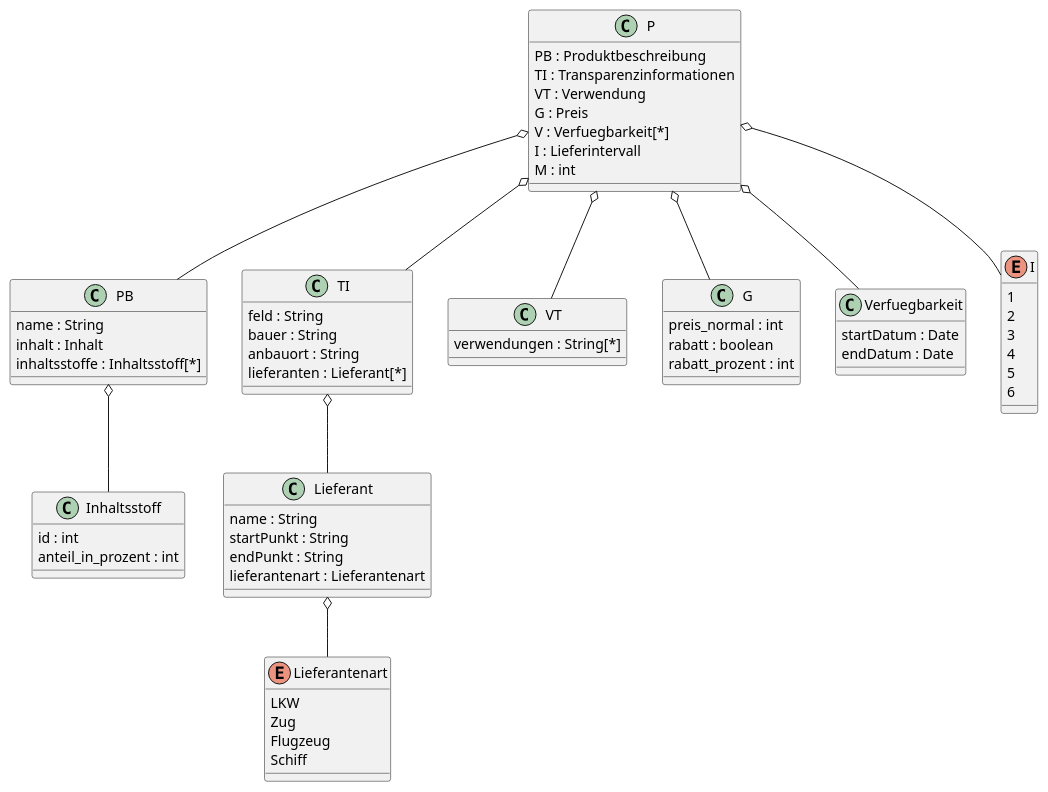
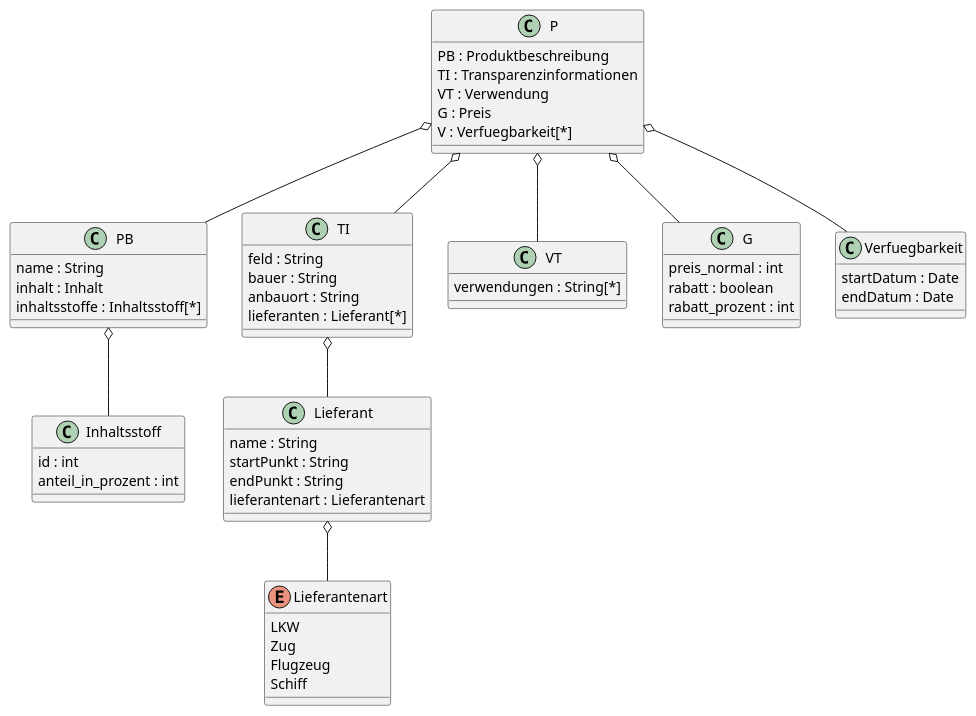
One commit to gflachs/MAS_Project changed the diagram in Fachliche Beschreibung/plantuml/Produkt.puml. Above: the diagram before and after it, drawn with PlantUML. The commit also changed 12 other files, not shown here.

```diff
--- a/Fachliche Beschreibung/plantuml/Produkt.puml
+++ b/Fachliche Beschreibung/plantuml/Produkt.puml
@@ -1,67 +1,57 @@
 @startuml Produkt
 class Produkt as "P" {
     PB : Produktbeschreibung
     TI : Transparenzinformationen
     VT : Verwendung
     G : Preis
     V : Verfuegbarkeit[*]
-    I : Lieferintervall
-    M : int
 }
 class Produktbeschreibung as "PB"{
     name : String
     inhalt : Inhalt
     inhaltsstoffe : Inhaltsstoff[*]
 }
 class Inhaltsstoff {
     id : int
     anteil_in_prozent : int
 }
 class Transparenzinformationen as "TI" {
     feld : String
     bauer : String
     anbauort : String
     lieferanten : Lieferant[*]
 }
 class Lieferant{
     name : String
     startPunkt : String
     endPunkt : String
     lieferantenart : Lieferantenart
 }
 enum Lieferantenart{
     LKW
     Zug
     Flugzeug
     Schiff
 }
 class Verwendung as "VT" {
     verwendungen : String[*]
 }
 class Preis as "G" {
     preis_normal : int
     rabatt : boolean
     rabatt_prozent : int
 }
 class Verfuegbarkeit{
     startDatum : Date
     endDatum : Date
 }
-enum Lieferintervall as "I" {
-    1
-    2
-    3
-    4
-    5
-    6
-}
+
 Produkt o-- Produktbeschreibung
 Produkt o-- Transparenzinformationen
 Produkt o-- Verwendung
 Produkt o-- Preis
 Produkt o-- Verfuegbarkeit
-Produkt o-- Lieferintervall
 Produktbeschreibung o-- Inhaltsstoff
 Transparenzinformationen o-- Lieferant
 Lieferant o-- Lieferantenart
 @enduml
```
